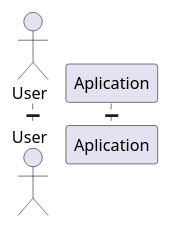
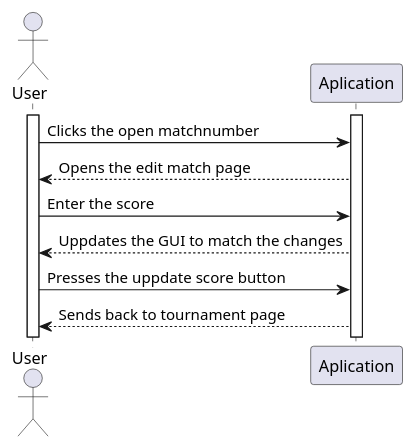
Before and after one commit to itzMesh/DCST1008-Prosjekt: the diagram in ProjektUML/SequencediagramUserAppData/sequence_diagram_editMatch.wsd, drawn with PlantUML. The commit also changed 17 other files, not shown here.

Commit message:
SequenceDiagrams

```diff
--- a/ProjektUML/SequencediagramUserAppData/sequence_diagram_editMatch.wsd
+++ b/ProjektUML/SequencediagramUserAppData/sequence_diagram_editMatch.wsd
@@ -1,11 +1,17 @@
 @startuml editMatch
 
 actor User as U
 participant Aplication as A
 
 activate U
 activate A
 
 
+U->A: Clicks the open matchnumber
+A-->U: Opens the edit match page
+U->A: Enter the score
+A-->U: Uppdates the GUI to match the changes
+U->A: Presses the uppdate score button 
+A-->U: Sends back to tournament page 
 
 @enduml
```
